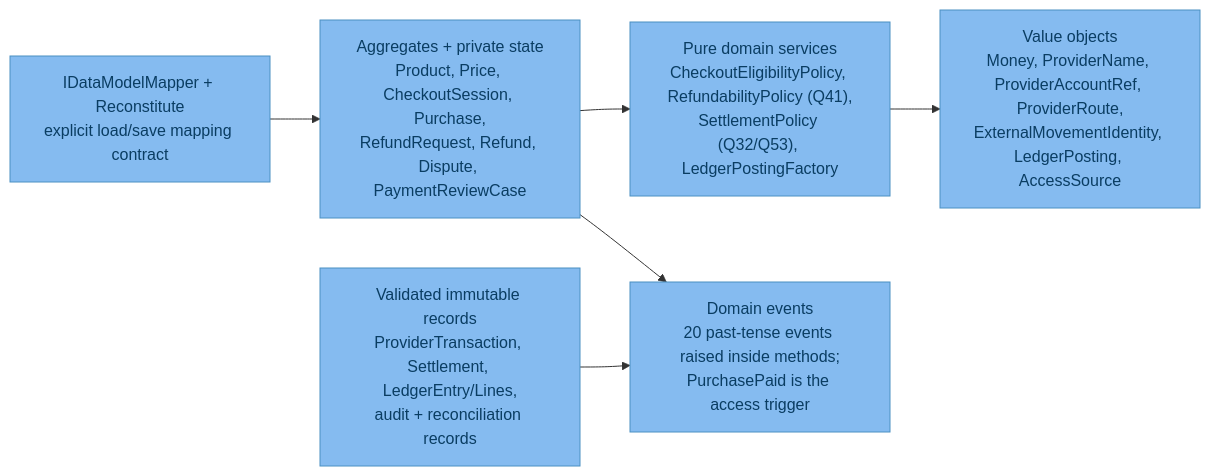
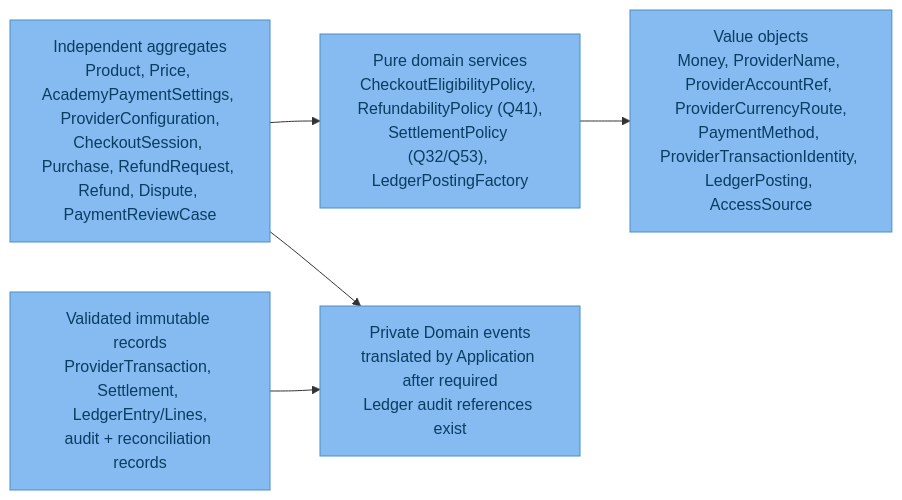
The fifth of 10 diagrams in plans/payments/C4Model.md (Azero77/alpha-zero), drawn with Mermaid before and after one commit. The commit also changed other lines of this file, not shown here.

Commit message:
docs(payments): refine C4 architecture model

````diff
--- a/plans/payments/C4Model.md
+++ b/plans/payments/C4Model.md
@@ -152,15 +154,13 @@
 ```mermaid
 flowchart LR
   classDef component fill:#85bbf0,color:#0a3d62,stroke:#4a90c2;
-  agg["Aggregates + private state<br/>Product, Price, CheckoutSession, Purchase,<br/>RefundRequest, Refund, Dispute, PaymentReviewCase"]:::component
+  agg["Independent aggregates<br/>Product, Price, AcademyPaymentSettings, ProviderConfiguration,<br/>CheckoutSession, Purchase, RefundRequest, Refund, Dispute, PaymentReviewCase"]:::component
   rec["Validated immutable records<br/>ProviderTransaction, Settlement, LedgerEntry/Lines,<br/>audit + reconciliation records"]:::component
-  vo["Value objects<br/>Money, ProviderName, ProviderAccountRef, ProviderRoute,<br/>ExternalMovementIdentity, LedgerPosting, AccessSource"]:::component
+  vo["Value objects<br/>Money, ProviderName, ProviderAccountRef, ProviderCurrencyRoute,<br/>PaymentMethod, ProviderTransactionIdentity, LedgerPosting, AccessSource"]:::component
   pol["Pure domain services<br/>CheckoutEligibilityPolicy, RefundabilityPolicy (Q41),<br/>SettlementPolicy (Q32/Q53), LedgerPostingFactory"]:::component
-  evt["Domain events<br/>20 past-tense events raised inside methods;<br/>PurchasePaid is the access trigger"]:::component
-  map["IDataModelMapper + Reconstitute<br/>explicit load/save mapping contract"]:::component
+  evt["Private Domain events<br/>translated by Application after required<br/>Ledger audit references exist"]:::component
   agg --> evt
   rec --> evt
   pol --> vo
   agg --> pol
-  map --> agg
 ```
````
